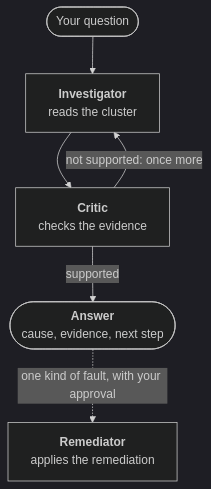
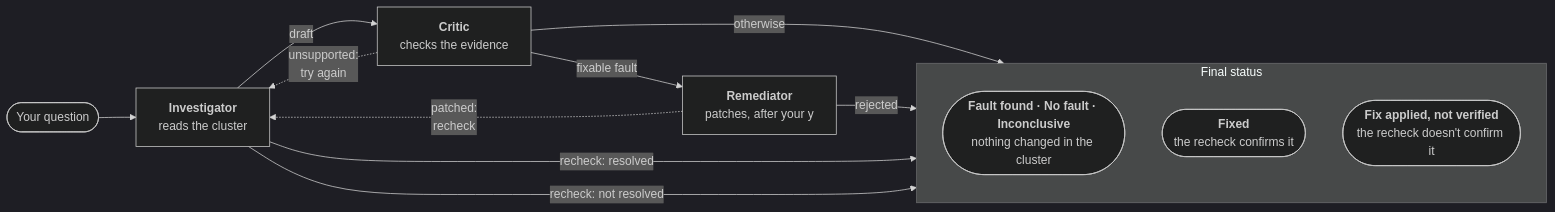
Before and after one commit to tomershukhman/k8s-troubleshooting-agent: the diagram in README.md, drawn with Mermaid (dark theme). The commit also changed other lines of this file and 12 other files, not shown here.

````diff
--- a/README.md
+++ b/README.md
@@ -9,8 +44,18 @@
 ```mermaid
-flowchart TD
+flowchart LR
     q(["Your question"]) --> inv["<b>Investigator</b><br/>reads the cluster"]
-    inv --> critic["<b>Critic</b><br/>checks the evidence"]
-    critic -- "not supported: once more" --> inv
-    critic -- "supported" --> ans(["<b>Answer</b><br/>cause, evidence, next step"])
-    ans -. "one kind of fault, with your approval" .-> rem["<b>Remediator</b><br/>applies the remediation"]
+    inv -- "draft" --> critic["<b>Critic</b><br/>checks the evidence"]
+    critic -- "fixable fault" --> rem["<b>Remediator</b><br/>patches, after your y"]
+    critic -. "unsupported:<br/>try again" .-> inv
+    rem -. "patched:<br/>recheck" .-> inv
+    subgraph final ["Final status"]
+        direction TB
+        s1(["<b>Fault found · No fault · Inconclusive</b><br/>nothing changed in the cluster"])
+        s2(["<b>Fixed</b><br/>the recheck confirms it"])
+        s3(["<b>Fix applied, not verified</b><br/>the recheck doesn't confirm it"])
+    end
+    critic -- "otherwise" --> s1
+    rem -- "rejected" --> s1
+    inv -- "recheck: resolved" --> s2
+    inv -- "recheck: not resolved" --> s3
 ```
````
